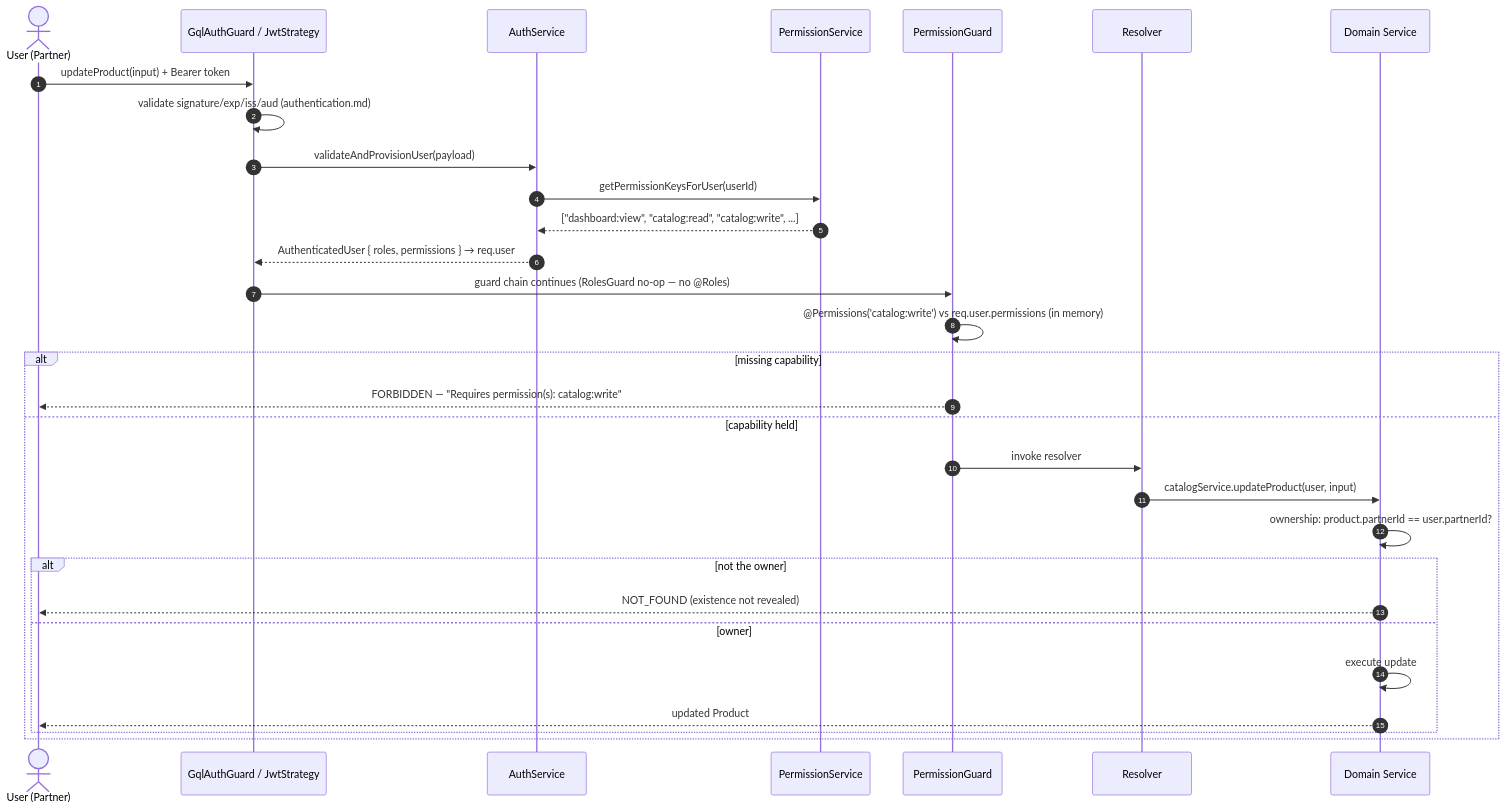
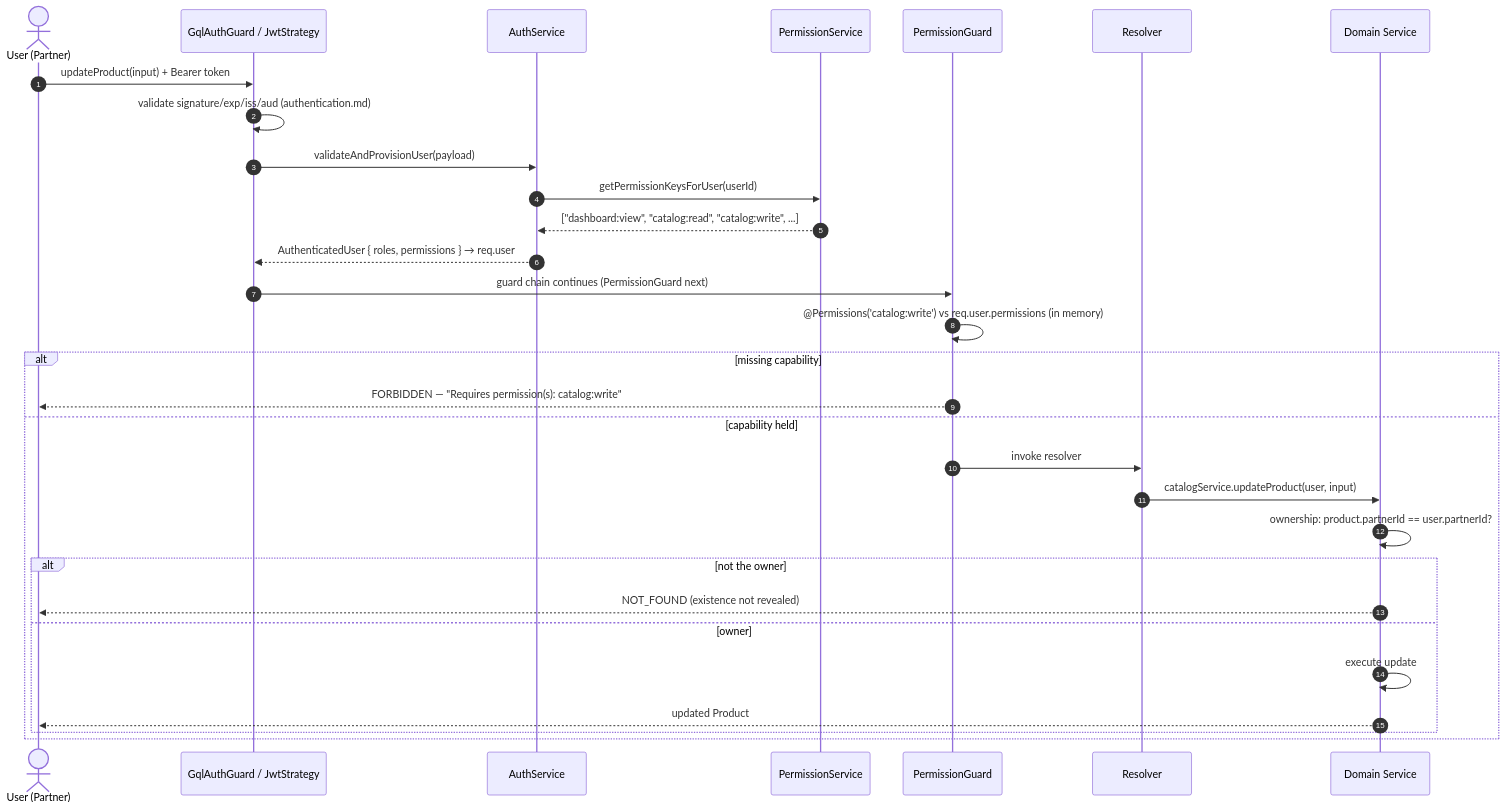
One commit to lakhaniyash/Smartsense-marketplace changed the second of 2 diagrams in docs/authorization.md. Above: the diagram before and after it, drawn with Mermaid. The commit also changed other lines of this file and 13 other files, not shown here.

````diff
--- a/docs/authorization.md
+++ b/docs/authorization.md
@@ -343,33 +347,33 @@
 ```mermaid
 sequenceDiagram
     autonumber
     actor U as User (Partner)
     participant JWT as GqlAuthGuard / JwtStrategy
     participant AS as AuthService
     participant PS as PermissionService
     participant PG as PermissionGuard
     participant R as Resolver
     participant S as Domain Service
 
     U->>JWT: updateProduct(input) + Bearer token
     JWT->>JWT: validate signature/exp/iss/aud (authentication.md)
     JWT->>AS: validateAndProvisionUser(payload)
     AS->>PS: getPermissionKeysForUser(userId)
     PS-->>AS: ["dashboard:view", "catalog:read", "catalog:write", ...]
     AS-->>JWT: AuthenticatedUser { roles, permissions } → req.user
-    JWT->>PG: guard chain continues (RolesGuard no-op — no @Roles)
+    JWT->>PG: guard chain continues (PermissionGuard next)
     PG->>PG: @Permissions('catalog:write') vs req.user.permissions (in memory)
     alt missing capability
         PG-->>U: FORBIDDEN — "Requires permission(s): catalog:write"
     else capability held
         PG->>R: invoke resolver
         R->>S: catalogService.updateProduct(user, input)
         S->>S: ownership: product.partnerId == user.partnerId?
         alt not the owner
             S-->>U: NOT_FOUND (existence not revealed)
         else owner
             S->>S: execute update
             S-->>U: updated Product
         end
     end
 ```
````
